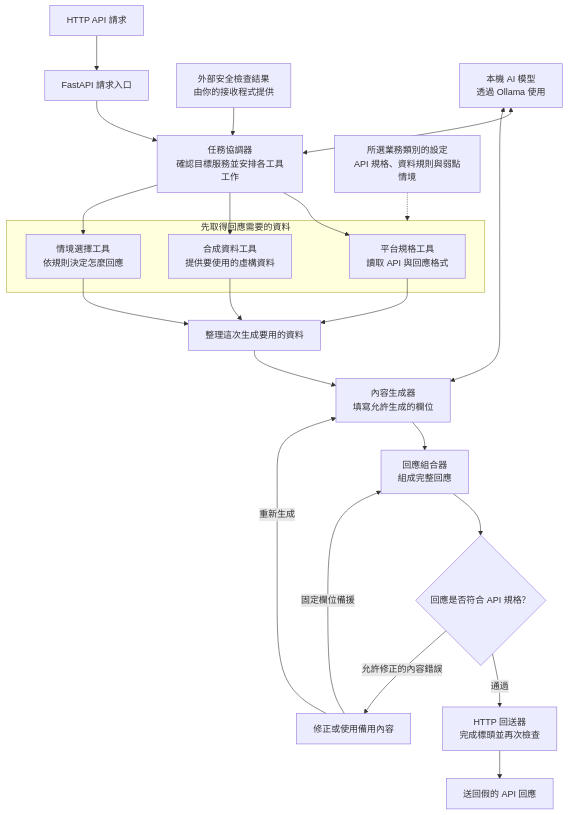
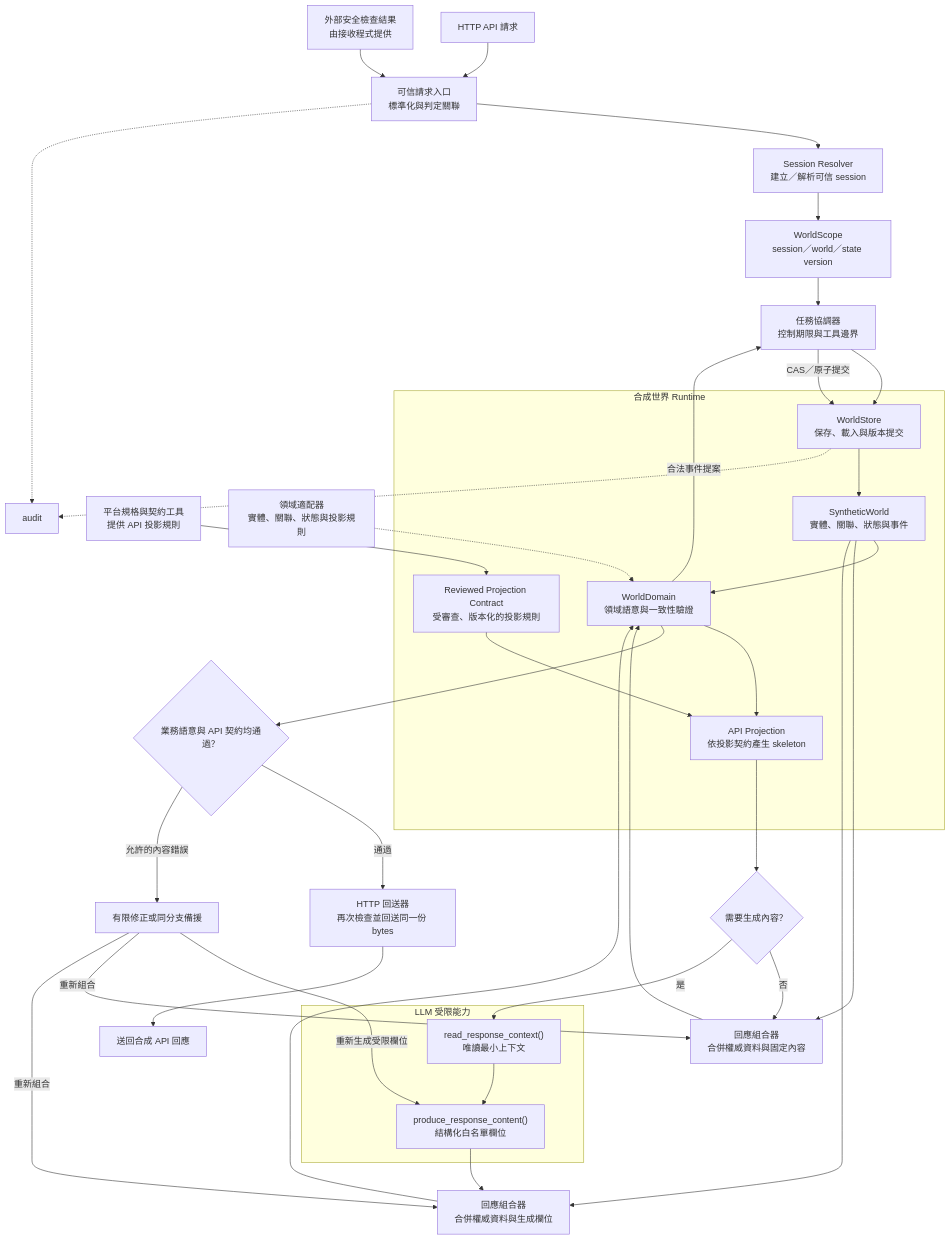
The diagram in README.md (IAN40070510/Mirage_API), drawn with Mermaid before and after one commit. The commit also changed other lines of this file, not shown here.

````diff
--- a/README.md
+++ b/README.md
@@ -17,31 +116,51 @@
 ```mermaid
 flowchart TB
-    request["HTTP API 請求"] --> ingress["FastAPI 請求入口"]
-    ingress --> orchestrator["任務協調器<br/>確認目標服務並安排各工具工作"]
-    assessment["外部安全檢查結果<br/>由你的接收程式提供"] --> orchestrator
+    request["HTTP API 請求"] --> ingress["可信請求入口<br/>標準化與判定關聯"]
+    assessment["外部安全檢查結果<br/>由接收程式提供"] --> ingress
+    ingress --> session["Session Resolver<br/>建立／解析可信 session"]
+    session --> scope["WorldScope<br/>session／world／state version"]
+    scope --> orchestrator["任務協調器<br/>控制期限與工具邊界"]
 
-    subgraph tools["先取得回應需要的資料"]
-        profile["平台規格工具<br/>讀取 API 與回應格式"]
-        data["合成資料工具<br/>提供要使用的虛構資料"]
-        scenario["情境選擇工具<br/>依規則決定怎麼回應"]
+    subgraph world_runtime["合成世界 Runtime"]
+        store["WorldStore<br/>保存、載入與版本提交"]
+        world["SyntheticWorld<br/>實體、關聯、狀態與事件"]
+        domain["WorldDomain<br/>領域語意與一致性驗證"]
+        projection_contract["Reviewed Projection Contract<br/>受審查、版本化的投影規則"]
+        projection["API Projection<br/>依投影契約產生 skeleton"]
     end
 
-    orchestrator --> profile
-    orchestrator --> data
-    orchestrator --> scenario
-    profile --> context["整理這次生成要用的資料"]
-    data --> context
-    scenario --> context
-    context --> generate["內容生成器<br/>填寫允許生成的欄位"]
-    model["本機 AI 模型<br/>透過 Ollama 使用"] <--> orchestrator
-    model <--> generate
-    generate --> compose["回應組合器<br/>組成完整回應"]
-    compose --> validate{"回應是否符合 API 規格？"}
-    validate -->|通過| render["HTTP 回送器<br/>完成標頭並再次檢查"]
-    render --> response["送回假的 API 回應"]
-    validate -->|允許修正的內容錯誤| recover["修正或使用備用內容"]
-    recover -->|重新生成| generate
-    recover -->|固定欄位備援| compose
+    orchestrator --> store
+    store --> world
+    world --> domain
+        domain -->|合法事件提案| orchestrator
+        orchestrator -->|CAS／原子提交| store
+        profile["平台規格與契約工具<br/>提供 API 投影規則"] --> projection_contract
+        projection_contract --> projection
+    domain --> projection
 
-    domain["所選業務類別的設定<br/>API 規格、資料規則與弱點情境"] -.-> tools
+    subgraph llm["LLM 受限能力"]
+        context["read_response_context()<br/>唯讀最小上下文"]
+        generate["produce_response_content()<br/>結構化白名單欄位"]
+    end
+
+    projection --> decision{"需要生成內容？"}
+    decision -->|否| compose["回應組合器<br/>合併權威資料與固定內容"]
+    decision -->|是| context
+    context --> generate
+    generate --> compose2["回應組合器<br/>合併權威資料與生成欄位"]
+    world --> compose
+    world --> compose2
+    compose --> domain
+    compose2 --> domain
+    domain --> validate{"業務語意與 API 契約均通過？"}
+    validate -->|通過| render["HTTP 回送器<br/>再次檢查並回送同一份 bytes"]
+    render --> response["送回合成 API 回應"]
+    validate -->|允許的內容錯誤| recover["有限修正或同分支備援"]
+    recover -->|重新生成受限欄位| generate
+    recover -->|重新組合| compose
+    recover -->|重新組合| compose2
+
+    domain_config["領域適配器<br/>實體、關聯、狀態與投影規則"] -.-> domain
+    ingress -.-> audit
+    store -.-> audit
 ```
````
